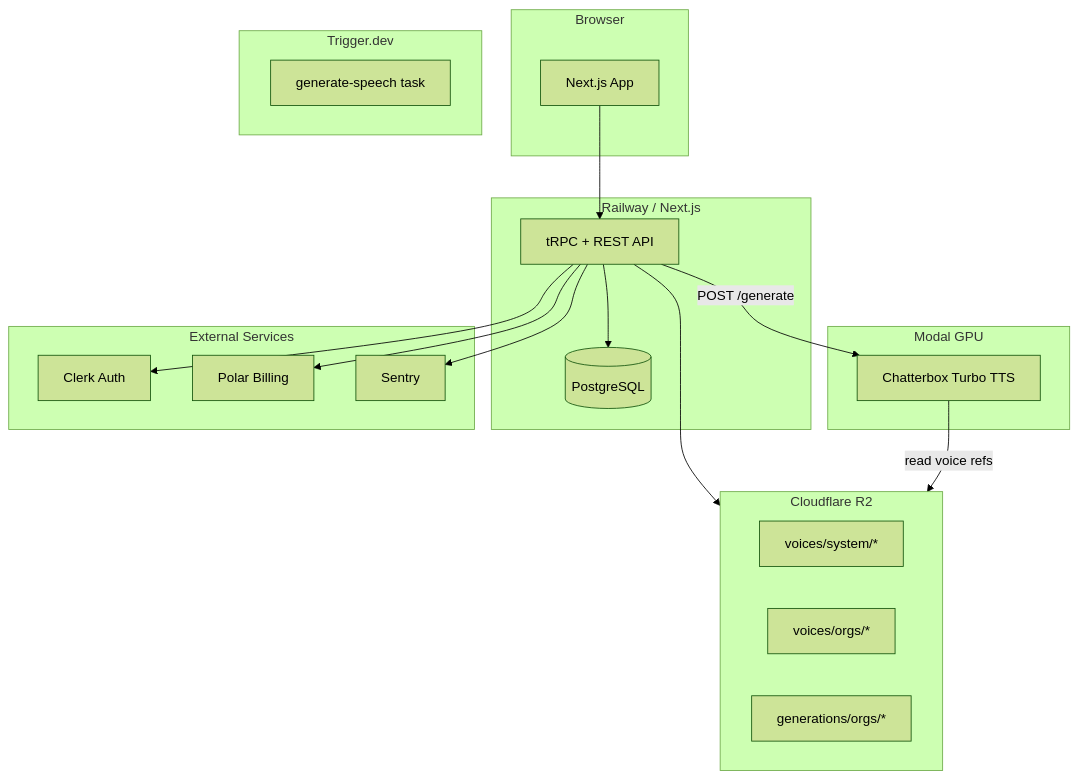
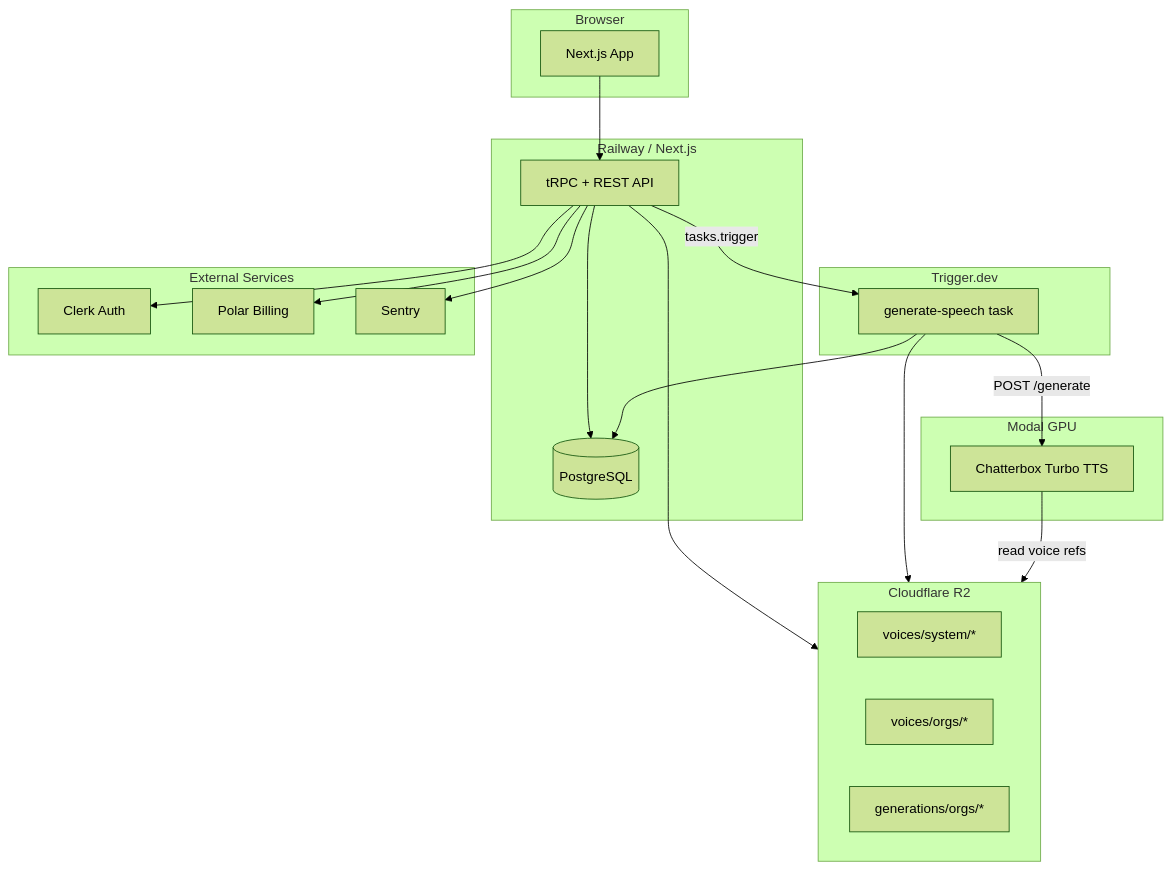
The diagram in README.md (PheonixCodder/Resonance-AI), drawn with Mermaid (forest theme) before and after one commit.

````diff
--- a/README.md
+++ b/README.md
@@ -17,40 +17,43 @@
 ```mermaid
 flowchart TB
     subgraph client [Browser]
         UI[Next.js App]
     end
 
     subgraph railway [Railway / Next.js]
         API[tRPC + REST API]
         Prisma[(PostgreSQL)]
     end
 
     subgraph trigger [Trigger.dev]
         Task[generate-speech task]
     end
 
     subgraph modal [Modal GPU]
         TTS[Chatterbox Turbo TTS]
     end
 
     subgraph storage [Cloudflare R2]
         Voices[voices/system/*]
         Custom[voices/orgs/*]
         Gens[generations/orgs/*]
     end
 
     subgraph services [External Services]
         Clerk[Clerk Auth]
         Polar[Polar Billing]
         Sentry[Sentry]
     end
 
     UI --> API
     API --> Clerk
     API --> Polar
     API --> Prisma
+    API -->|tasks.trigger| Task
     API --> storage
-    API -->|POST /generate| TTS
+    Task --> Prisma
+    Task -->|POST /generate| TTS
+    Task --> storage
     TTS -->|read voice refs| storage
     API --> Sentry
 ```
````
